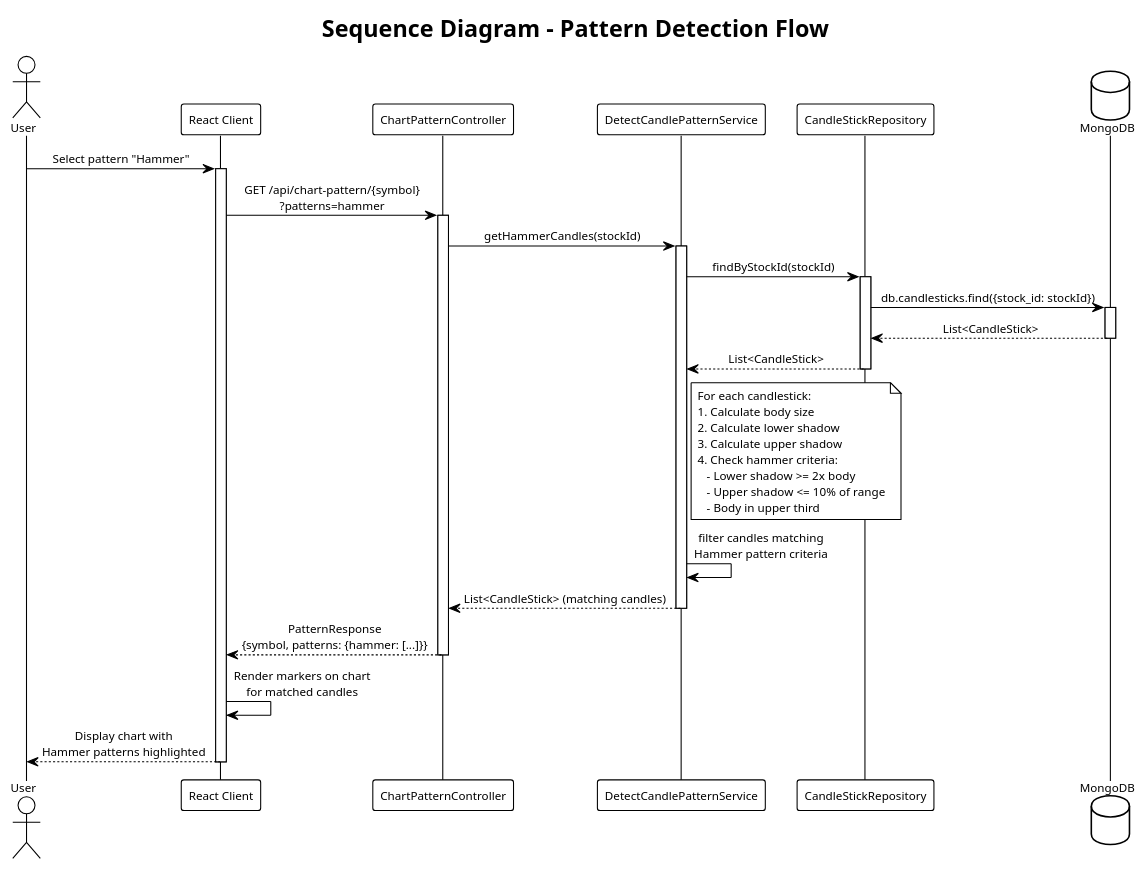
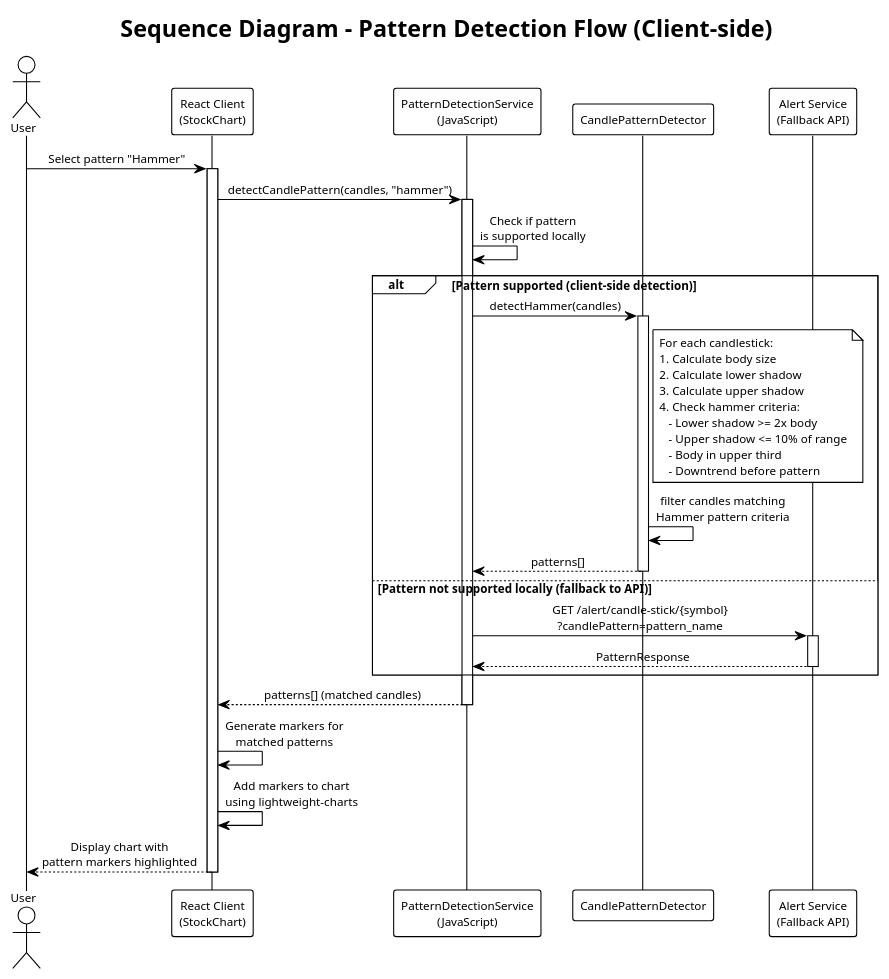
One commit to enel2906/graduation-thesis-diagram changed the diagram in chapter4/pattern-detect-sequence.puml. Above: the diagram before and after it, drawn with PlantUML. The commit also changed 25 other files, not shown here.

Commit message:
update diagram chapter4

```diff
--- a/chapter4/pattern-detect-sequence.puml
+++ b/chapter4/pattern-detect-sequence.puml
@@ -1,62 +1,70 @@
 @startuml pattern-detect-sequence
 
 !theme plain
 skinparam backgroundColor #FFFFFF
 skinparam defaultFontName Arial
 skinparam defaultFontSize 11
 skinparam sequenceMessageAlign center
+skinparam ParticipantBackgroundColor #FFFFFF
+skinparam ParticipantBorderColor #000000
+skinparam ActorBackgroundColor #FFFFFF
+skinparam ActorBorderColor #000000
+skinparam NoteBackgroundColor #FFFFFF
+skinparam NoteBorderColor #000000
+skinparam SequenceLifeLineBorderColor #000000
 
-title Sequence Diagram - Pattern Detection Flow
+title Sequence Diagram - Pattern Detection Flow (Client-side)
 
 actor "User" as user
-participant "React Client" as client
-participant "ChartPatternController" as controller
-participant "DetectCandlePatternService" as service
-participant "CandleStickRepository" as repo
-database "MongoDB" as db
+participant "React Client\n(StockChart)" as client
+participant "PatternDetectionService\n(JavaScript)" as patternService
+participant "CandlePatternDetector" as detector
+participant "Alert Service\n(Fallback API)" as alertService
 
 user -> client : Select pattern "Hammer"
 activate client
 
-client -> controller : GET /api/chart-pattern/{symbol}\n?patterns=hammer
-activate controller
+client -> patternService : detectCandlePattern(candles, "hammer")
+activate patternService
 
-controller -> service : getHammerCandles(stockId)
-activate service
+patternService -> patternService : Check if pattern\nis supported locally
 
-service -> repo : findByStockId(stockId)
-activate repo
+alt Pattern supported (client-side detection)
+    patternService -> detector : detectHammer(candles)
+    activate detector
+    
+    note right of detector
+        For each candlestick:
+        1. Calculate body size
+        2. Calculate lower shadow
+        3. Calculate upper shadow
+        4. Check hammer criteria:
+           - Lower shadow >= 2x body
+           - Upper shadow <= 10% of range
+           - Body in upper third
+           - Downtrend before pattern
+    end note
+    
+    detector -> detector : filter candles matching\nHammer pattern criteria
+    
+    detector --> patternService : patterns[]
+    deactivate detector
+    
+else Pattern not supported locally (fallback to API)
+    patternService -> alertService : GET /alert/candle-stick/{symbol}\n?candlePattern=pattern_name
+    activate alertService
+    alertService --> patternService : PatternResponse
+    deactivate alertService
+end
 
-repo -> db : db.candlesticks.find({stock_id: stockId})
-activate db
-db --> repo : List<CandleStick>
-deactivate db
+patternService --> client : patterns[] (matched candles)
+deactivate patternService
 
-repo --> service : List<CandleStick>
-deactivate repo
+client -> client : Generate markers for\nmatched patterns
 
-note right of service
-    For each candlestick:
-    1. Calculate body size
-    2. Calculate lower shadow
-    3. Calculate upper shadow
-    4. Check hammer criteria:
-       - Lower shadow >= 2x body
-       - Upper shadow <= 10% of range
-       - Body in upper third
-end note
+client -> client : Add markers to chart\nusing lightweight-charts
 
-service -> service : filter candles matching\nHammer pattern criteria
-
-service --> controller : List<CandleStick> (matching candles)
-deactivate service
-
-controller --> client : PatternResponse\n{symbol, patterns: {hammer: [...]}}
-deactivate controller
-
-client -> client : Render markers on chart\nfor matched candles
-
-client --> user : Display chart with\nHammer patterns highlighted
+client --> user : Display chart with\npattern markers highlighted
 deactivate client
 
 @enduml
```
